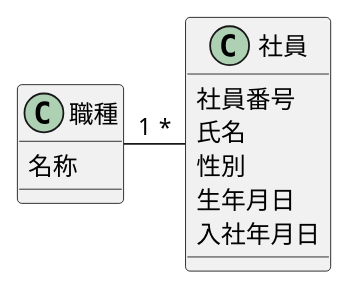
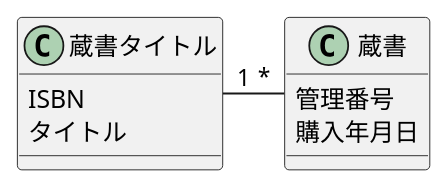
Before and after one commit to yinm/uml-modeling-lesson: the diagram in ch04/sample.puml, drawn with PlantUML.

Commit message:
Add lesson10

```diff
--- a/ch04/sample.puml
+++ b/ch04/sample.puml
@@ -1,17 +1,15 @@
 @startuml
 
-class 職種 {
-  名称
+class 蔵書タイトル {
+  ISBN
+  タイトル
 }
 
-class 社員 {
-  社員番号
-  氏名
-  性別
-  生年月日
-  入社年月日
+class 蔵書 {
+  管理番号
+  購入年月日
 }
 
-職種 "1"--right--"*" 社員
+蔵書タイトル "1"--right--"*" 蔵書
 
 @enduml
```
